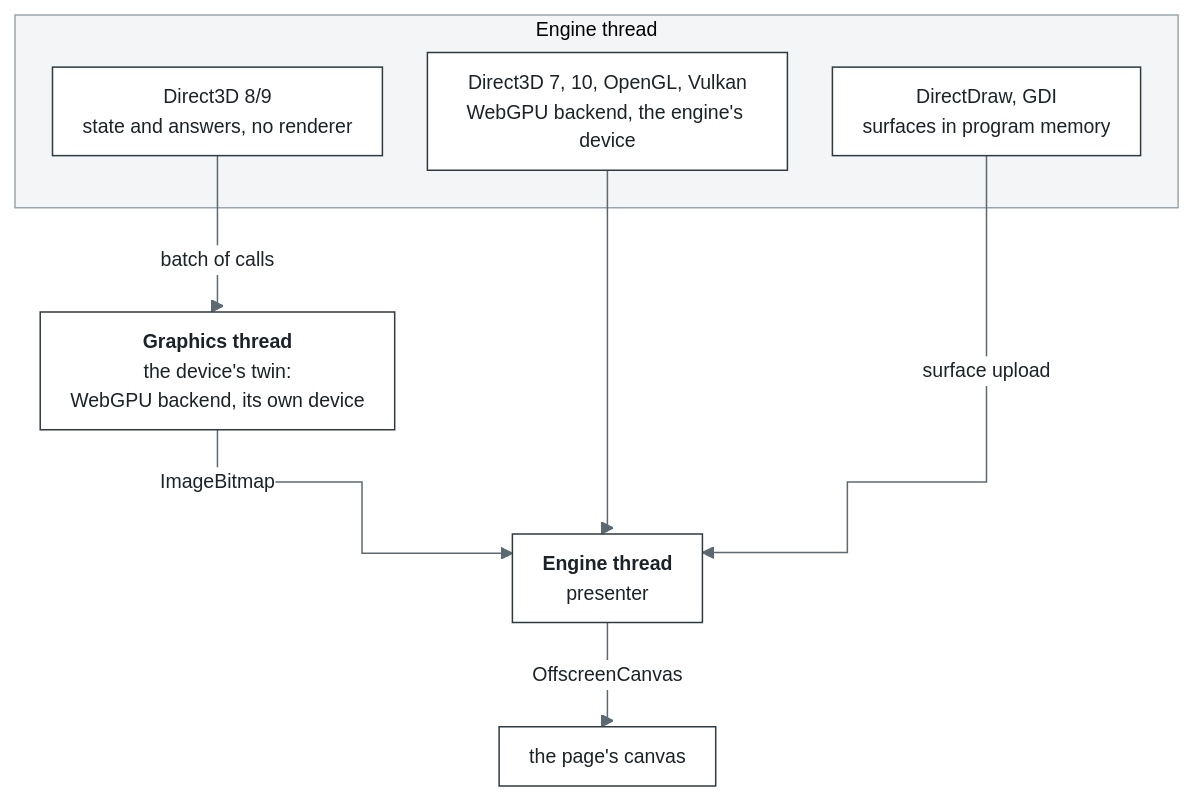
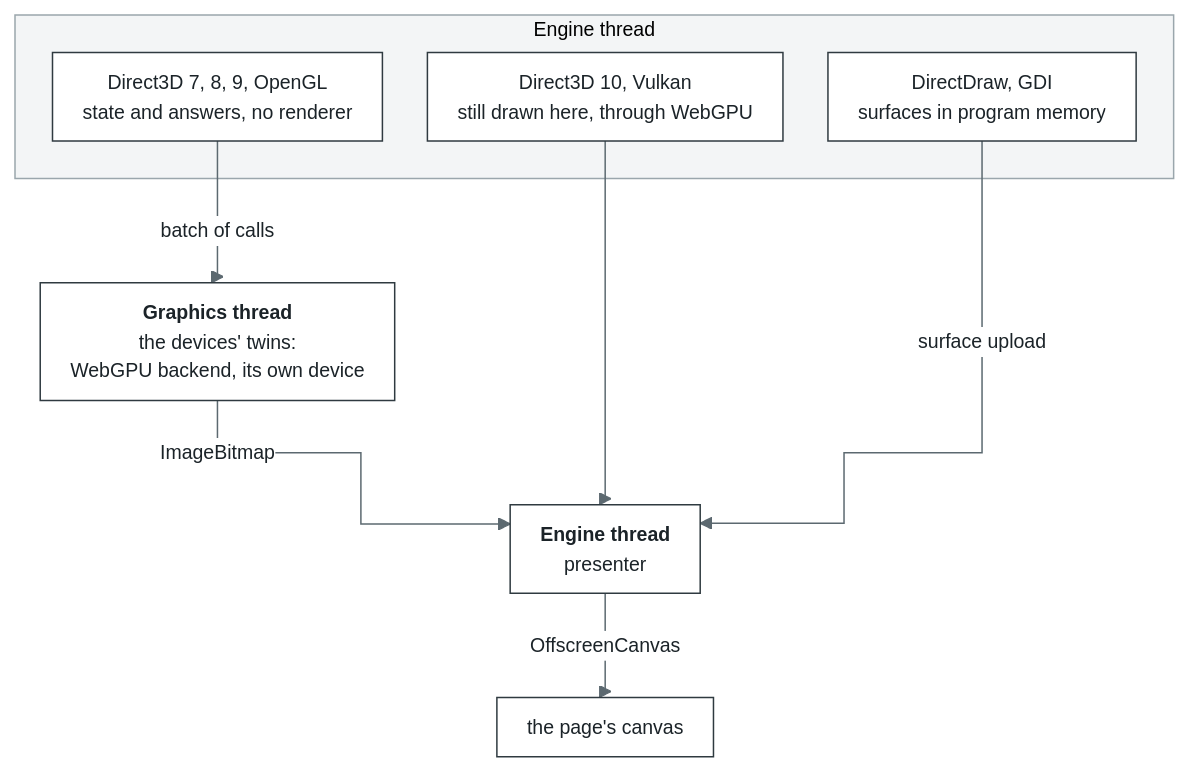
One commit to bottlify/bottlify changed the ninth of 12 diagrams in docs/architecture.md. Above: the diagram before and after it, drawn with Mermaid. The commit also changed other lines of this file and 1 other file, not shown here.

````diff
--- a/docs/architecture.md
+++ b/docs/architecture.md
@@ -504,17 +509,17 @@
 ```mermaid
 %%{init: {"theme": "base", "flowchart": {"curve": "step", "nodeSpacing": 30, "rankSpacing": 50, "padding": 10}, "themeVariables": {"fontFamily": "Inter, Segoe UI, Helvetica, Arial, sans-serif", "fontSize": "13px", "primaryColor": "#FFFFFF", "primaryBorderColor": "#2F3A40", "primaryTextColor": "#1B2328", "lineColor": "#5C6970", "clusterBkg": "#F3F5F6", "clusterBorder": "#9AA6AC", "edgeLabelBackground": "#FFFFFF"}}}%%
 flowchart TB
   subgraph E1["Engine thread"]
-    D89["Direct3D 8/9<br/>state and answers, no renderer"]
-    D7["Direct3D 7, 10, OpenGL, Vulkan<br/>WebGPU backend, the engine's device"]
+    D89["Direct3D 7, 8, 9, OpenGL<br/>state and answers, no renderer"]
+    D7["Direct3D 10, Vulkan<br/>still drawn here, through WebGPU"]
     SW["DirectDraw, GDI<br/>surfaces in program memory"]
   end
-  TW["<b>Graphics thread</b><br/>the device's twin:<br/>WebGPU backend, its own device"]
+  TW["<b>Graphics thread</b><br/>the devices' twins:<br/>WebGPU backend, its own device"]
   PR["<b>Engine thread</b><br/>presenter"]
   CV["the page's canvas"]
   D89 -->|"batch of calls"| TW
   TW -->|"ImageBitmap"| PR
   D7 --> PR
   SW -->|"surface upload"| PR
   PR -->|"OffscreenCanvas"| CV
 ```
````
